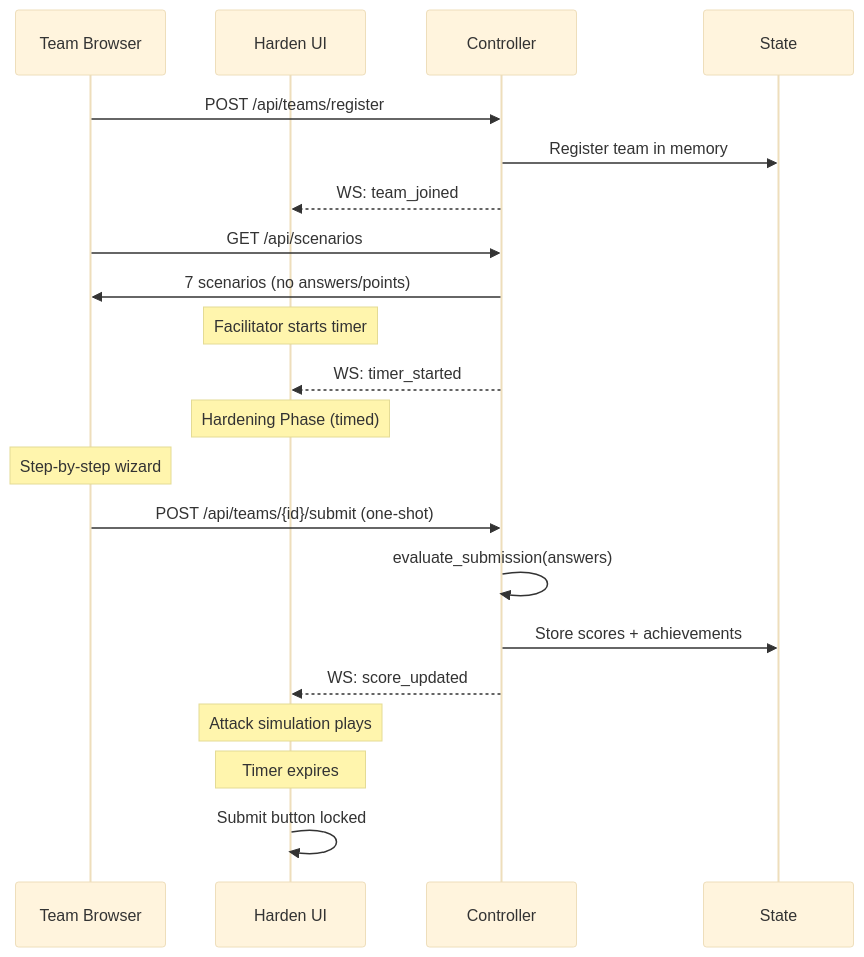
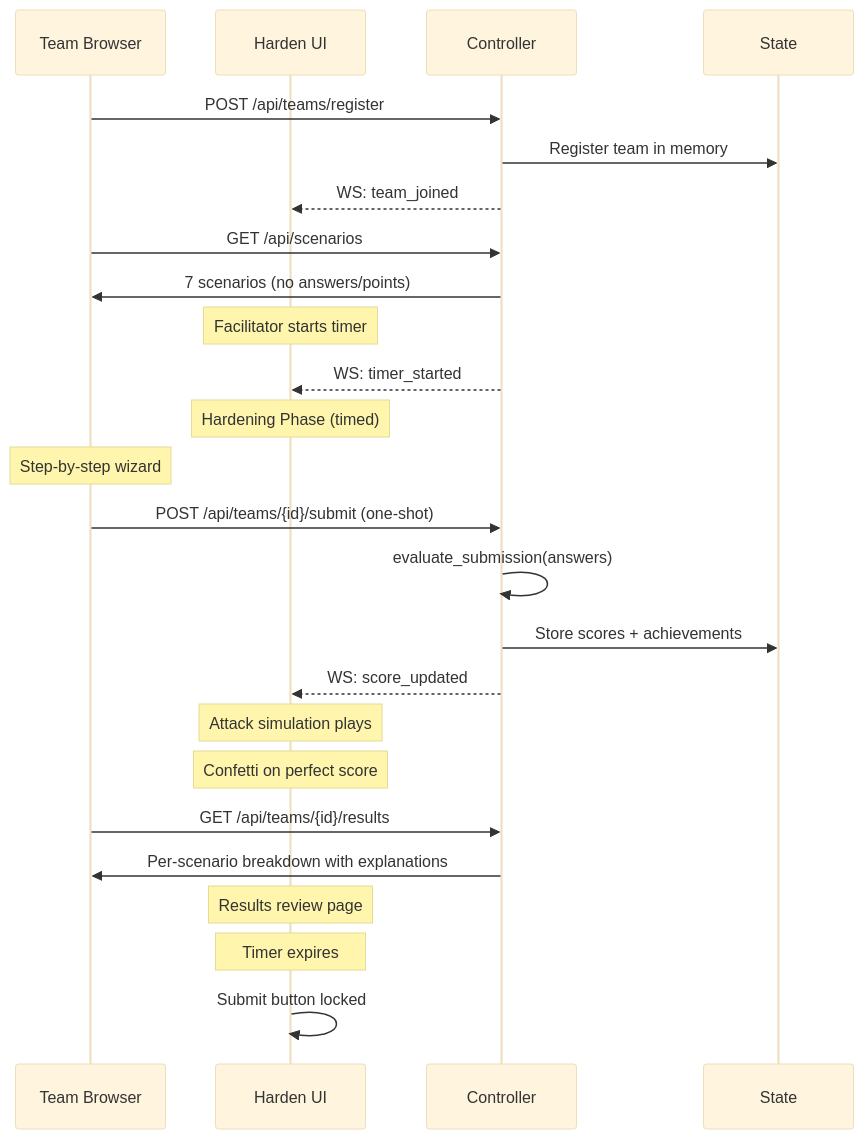
The second of 2 diagrams in docs/ARCHITECTURE.md (gsampaio-rh/matrix-harden-the-box), drawn with Mermaid (base theme) before and after one commit. The commit also changed other lines of this file and 33 other files, not shown here.

First line of the commit message:
feat: Sprint 3 — scenario UX, results deep-dive, and frontend tests

````diff
--- a/docs/ARCHITECTURE.md
+++ b/docs/ARCHITECTURE.md
@@ -86,28 +87,33 @@
 ```mermaid
 sequenceDiagram
     participant T as Team Browser
     participant UI as Harden UI
     participant C as Controller
     participant S as State
 
     T->>C: POST /api/teams/register
     C->>S: Register team in memory
     C-->>UI: WS: team_joined
 
     T->>C: GET /api/scenarios
     C->>T: 7 scenarios (no answers/points)
 
     Note over UI: Facilitator starts timer
     C-->>UI: WS: timer_started
 
     Note over UI: Hardening Phase (timed)
     Note over T: Step-by-step wizard
     T->>C: POST /api/teams/{id}/submit (one-shot)
     C->>C: evaluate_submission(answers)
     C->>S: Store scores + achievements
     C-->>UI: WS: score_updated
     Note over UI: Attack simulation plays
+    Note over UI: Confetti on perfect score
+
+    T->>C: GET /api/teams/{id}/results
+    C->>T: Per-scenario breakdown with explanations
+    Note over UI: Results review page
 
     Note over UI: Timer expires
     UI->>UI: Submit button locked
 ```
````
